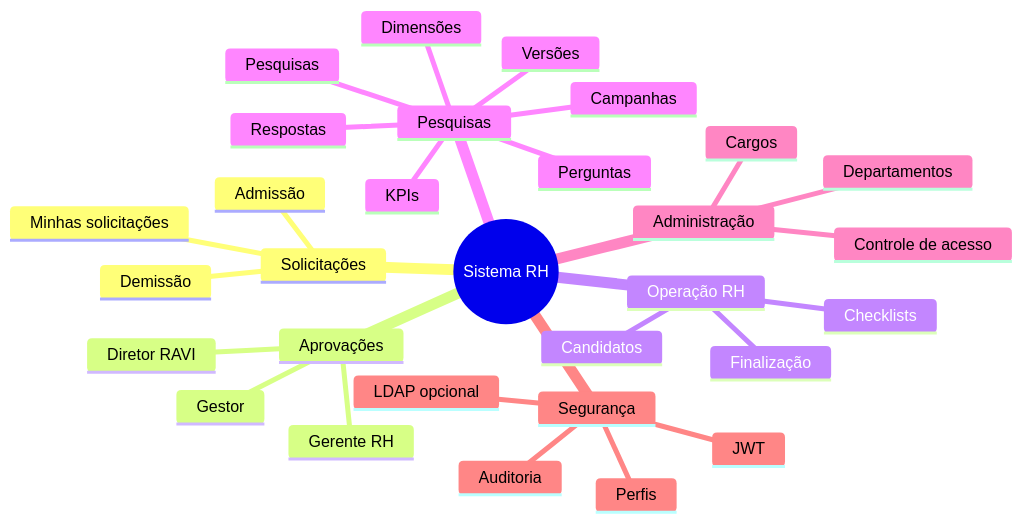
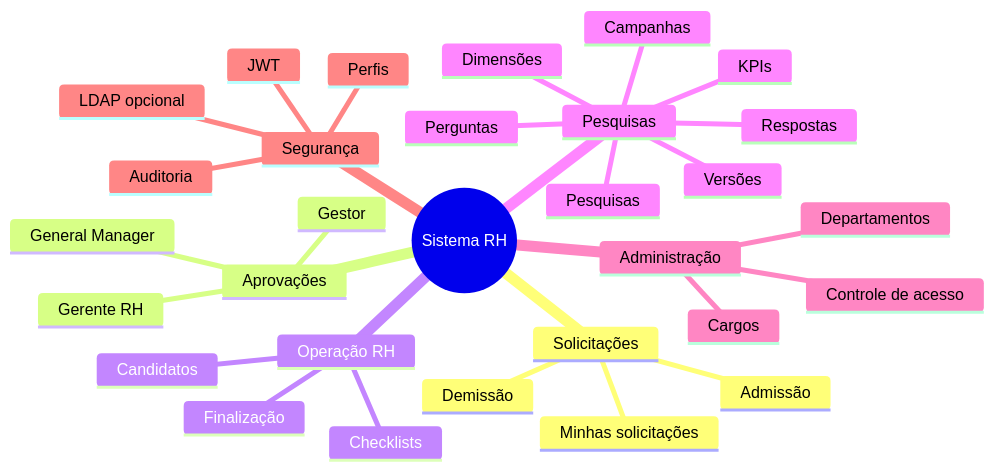
Before and after one commit to Wasion-it/Sistema_de_pesquisas: the tenth of 10 diagrams in DESENHO_ARQUITETURA.md, drawn with Mermaid. The commit also changed other lines of this file and 55 other files, not shown here.

Commit message:
✨ feat: update approval labels to standardize 'Diretor Ravi' to 'General Manager' across the application

````diff
--- a/DESENHO_ARQUITETURA.md
+++ b/DESENHO_ARQUITETURA.md
@@ -226,33 +226,33 @@
 ```mermaid
 mindmap
   root((Sistema RH))
     Solicitações
       Admissão
       Demissão
       Minhas solicitações
     Aprovações
       Gestor
-      Diretor RAVI
+      General Manager
       Gerente RH
     Operação RH
       Checklists
       Candidatos
       Finalização
     Pesquisas
       Pesquisas
       Versões
       Dimensões
       Perguntas
       Campanhas
       Respostas
       KPIs
     Administração
       Departamentos
       Cargos
       Controle de acesso
     Segurança
       JWT
       LDAP opcional
       Perfis
       Auditoria
 ```
````
